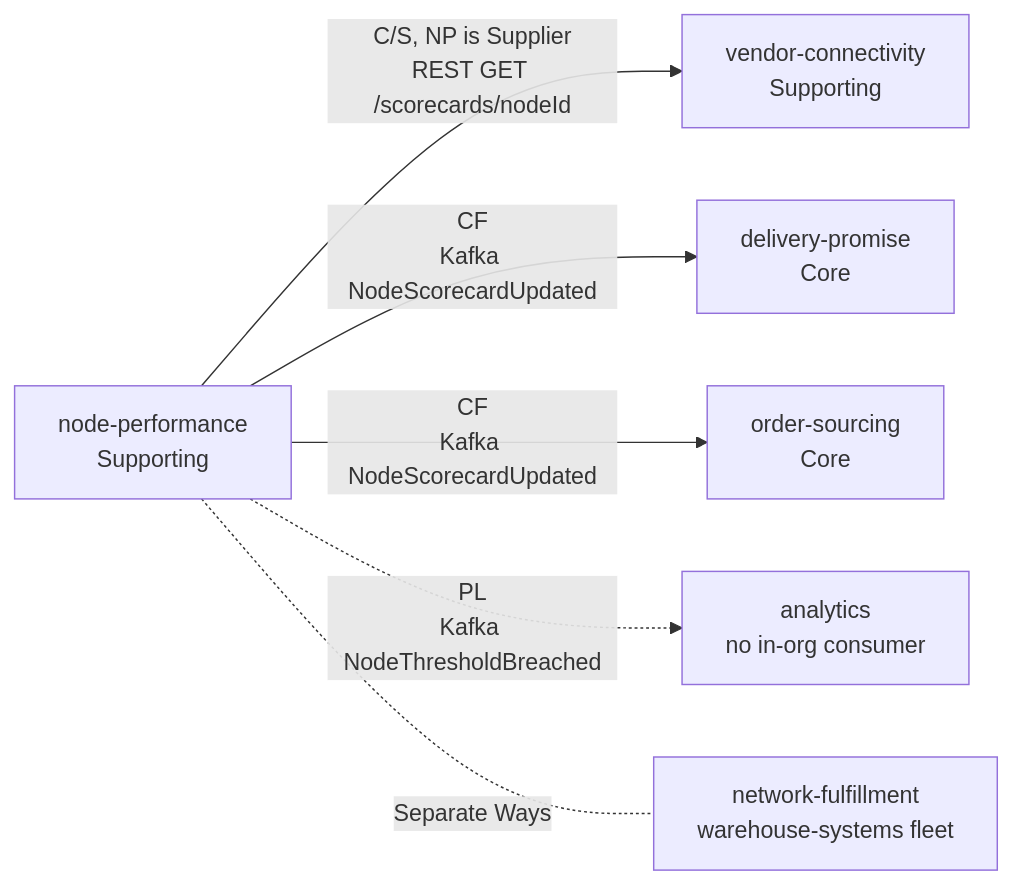
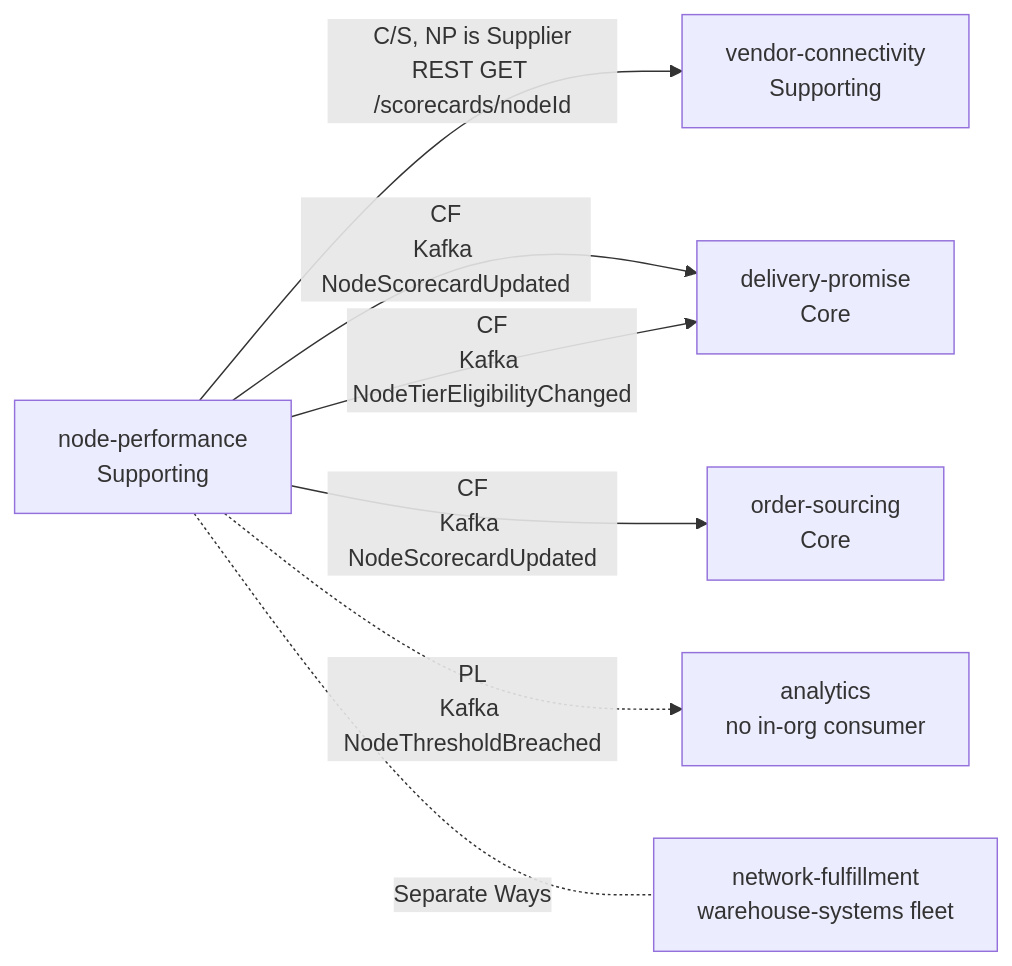
One commit to IQVO/node-performance changed the second of 2 diagrams in docs/docs/ddd/context-map.md. Above: the diagram before and after it, drawn with Mermaid. The commit also changed other lines of this file and 12 other files, not shown here.

````diff
--- a/docs/docs/ddd/context-map.md
+++ b/docs/docs/ddd/context-map.md
@@ -40,14 +40,15 @@
 ```mermaid
 flowchart LR
     NP["node-performance<br/>Supporting"]
     VC["vendor-connectivity<br/>Supporting"]
     DP["delivery-promise<br/>Core"]
     OS["order-sourcing<br/>Core"]
     AN["analytics<br/>no in-org consumer"]
     NF["network-fulfillment<br/>warehouse-systems fleet"]
     NP -->|"C/S, NP is Supplier<br/>REST GET /scorecards/nodeId"| VC
     NP -->|"CF<br/>Kafka NodeScorecardUpdated"| DP
+    NP -->|"CF<br/>Kafka NodeTierEligibilityChanged"| DP
     NP -->|"CF<br/>Kafka NodeScorecardUpdated"| OS
     NP -.->|"PL<br/>Kafka NodeThresholdBreached"| AN
     NP -. "Separate Ways" .- NF
 ```
````
